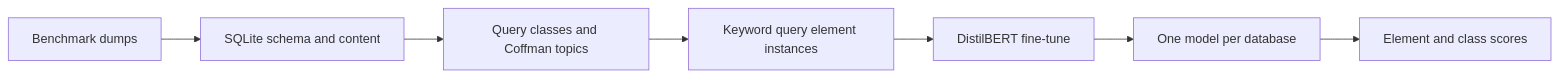
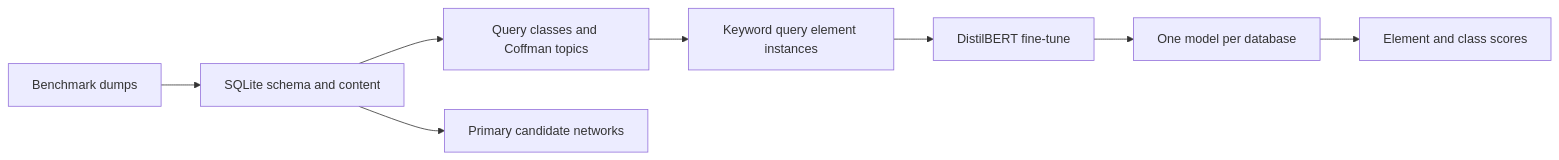
One commit to MostafaMashhadi/semstruct changed the diagram in docs/architecture.md. Above: the diagram before and after it, drawn with Mermaid. The commit also changed other lines of this file and 107 other files, not shown here.

Commit message:
FEAT: primary candidate networks

````diff
--- a/docs/architecture.md
+++ b/docs/architecture.md
@@ -5,9 +5,10 @@
 ```mermaid
 flowchart LR
   dumps[Benchmark dumps] --> sqlite[SQLite schema and content]
   sqlite --> classes[Query classes and Coffman topics]
   classes --> pairs[Keyword query element instances]
   pairs --> tune[DistilBERT fine-tune]
   tune --> model[One model per database]
+  sqlite --> cns[Primary candidate networks]
   model --> rank[Element and class scores]
 ```
````
